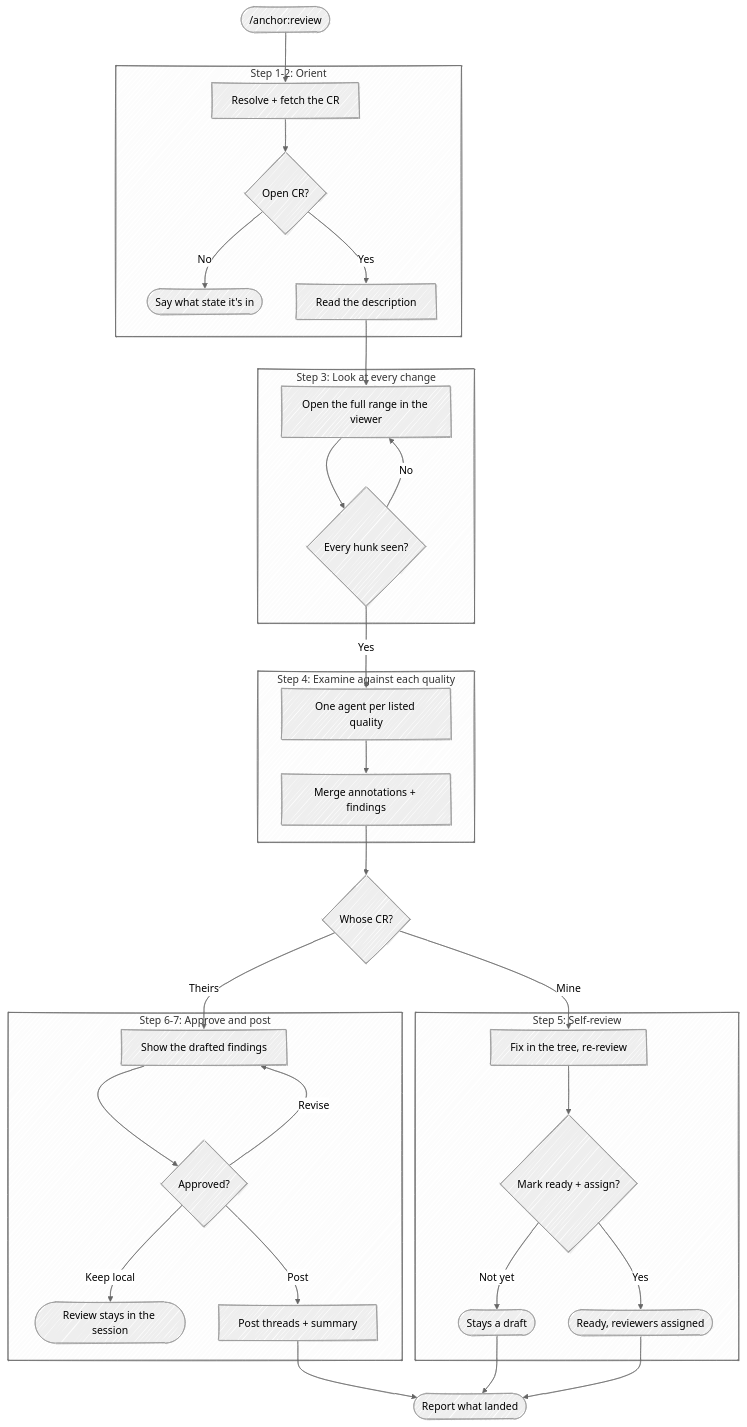
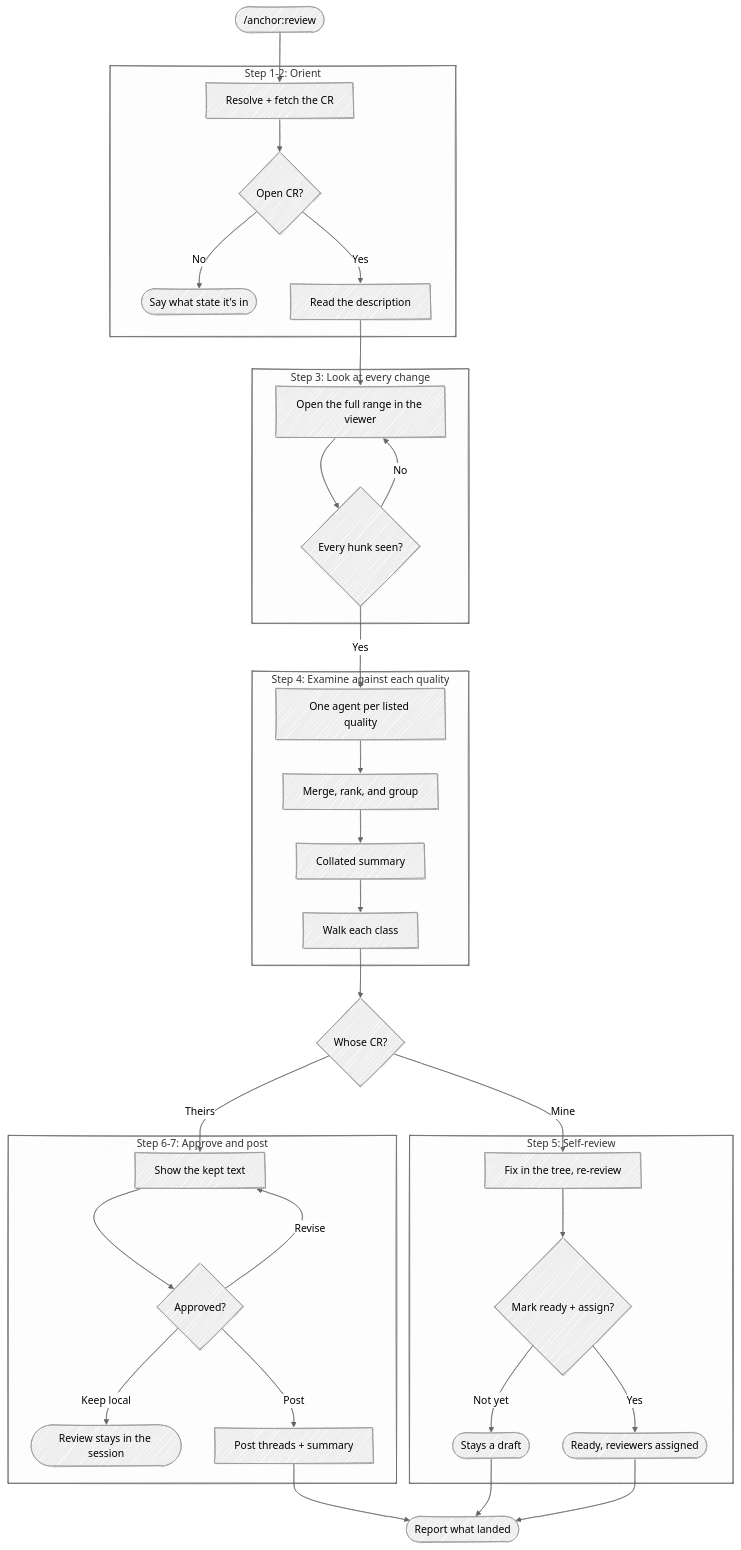
One commit to chris-peterson/anchor changed the diagram in skills/review/SKILL.md. Above: the diagram before and after it, drawn with Mermaid (neutral theme). The commit also changed other lines of this file and 3 other files, not shown here.

````diff
--- a/skills/review/SKILL.md
+++ b/skills/review/SKILL.md
@@ -43,42 +47,44 @@
 ```mermaid
 %%{ init: { 'look': 'handDrawn' } }%%
 flowchart TD
     Start(["/anchor:review"]) --> Resolve["Resolve + fetch the CR"]
 
     subgraph "Step 1-2: Orient"
         Resolve --> Open{Open CR?}
         Open -->|No| Stop([Say what state it's in])
         Open -->|Yes| Desc["Read the description"]
     end
 
     subgraph "Step 3: Look at every change"
         Desc --> View["Open the full range in the viewer"]
         View --> Complete{Every hunk seen?}
         Complete -->|No| View
     end
 
     subgraph "Step 4: Examine against each quality"
         Complete -->|Yes| Fan["One agent per listed quality"]
-        Fan --> Doc["Merge annotations + findings"]
+        Fan --> Doc["Merge, rank, and group"]
+        Doc --> Brief["Collated summary"]
+        Brief --> Walk["Walk each class"]
     end
 
     subgraph "Step 5: Self-review"
         Fix["Fix in the tree, re-review"] --> Ready{Mark ready + assign?}
         Ready -->|Not yet| Draft([Stays a draft])
         Ready -->|Yes| Handoff([Ready, reviewers assigned])
     end
 
     subgraph "Step 6-7: Approve and post"
-        Show["Show the drafted findings"] --> Gate{Approved?}
+        Show["Show the kept text"] --> Gate{Approved?}
         Gate -->|Revise| Show
         Gate -->|Keep local| Local([Review stays in the session])
         Gate -->|Post| Post["Post threads + summary"]
     end
 
-    Doc --> Who{Whose CR?}
+    Walk --> Who{Whose CR?}
     Who -->|Mine| Fix
     Who -->|Theirs| Show
     Post --> Report([Report what landed])
     Draft --> Report
     Handoff --> Report
 ```
````
